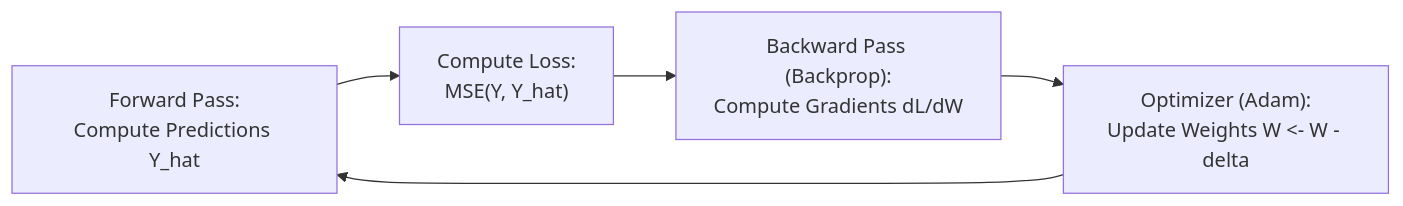
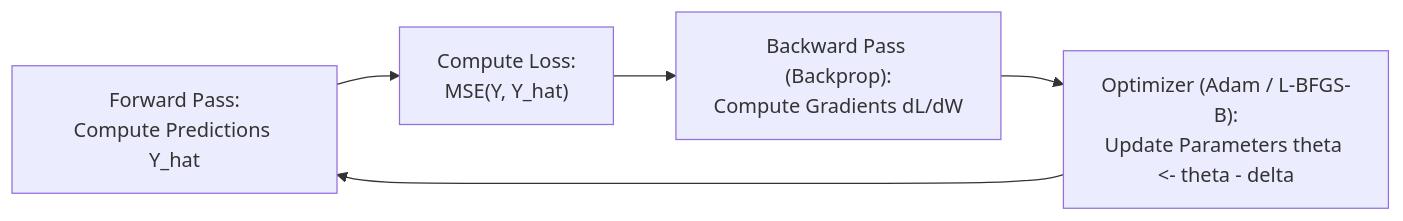
The third of 4 diagrams in lecture_notes/Lecture_1_AI_ML_Foundations_and_Control_Notes.md (cspark7701/ai4acc-mini-hackathon), drawn with Mermaid before and after one commit. The commit also changed other lines of this file and 7 other files, not shown here.

````diff
--- a/lecture_notes/Lecture_1_AI_ML_Foundations_and_Control_Notes.md
+++ b/lecture_notes/Lecture_1_AI_ML_Foundations_and_Control_Notes.md
@@ -302,7 +386,7 @@
 ```mermaid
 flowchart LR
     A["Forward Pass:\nCompute Predictions Y_hat"] --> B["Compute Loss:\nMSE(Y, Y_hat)"]
     B --> C["Backward Pass (Backprop):\nCompute Gradients dL/dW"]
-    C --> D["Optimizer (Adam):\nUpdate Weights W <- W - delta"]
+    C --> D["Optimizer (Adam / L-BFGS-B):\nUpdate Parameters theta <- theta - delta"]
     D --> A
 ```
````
